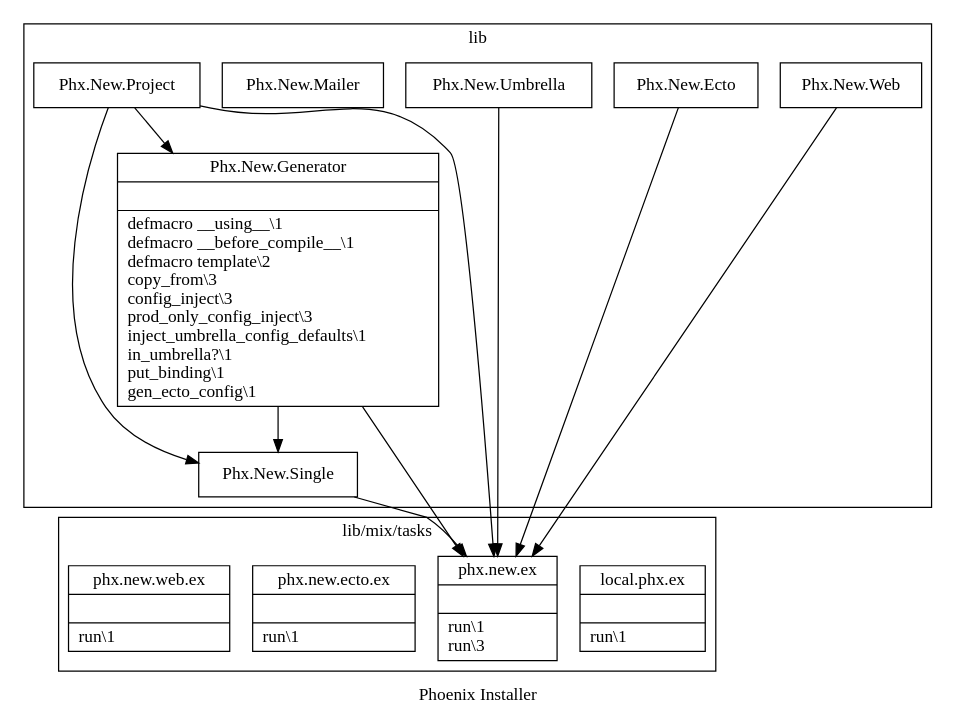
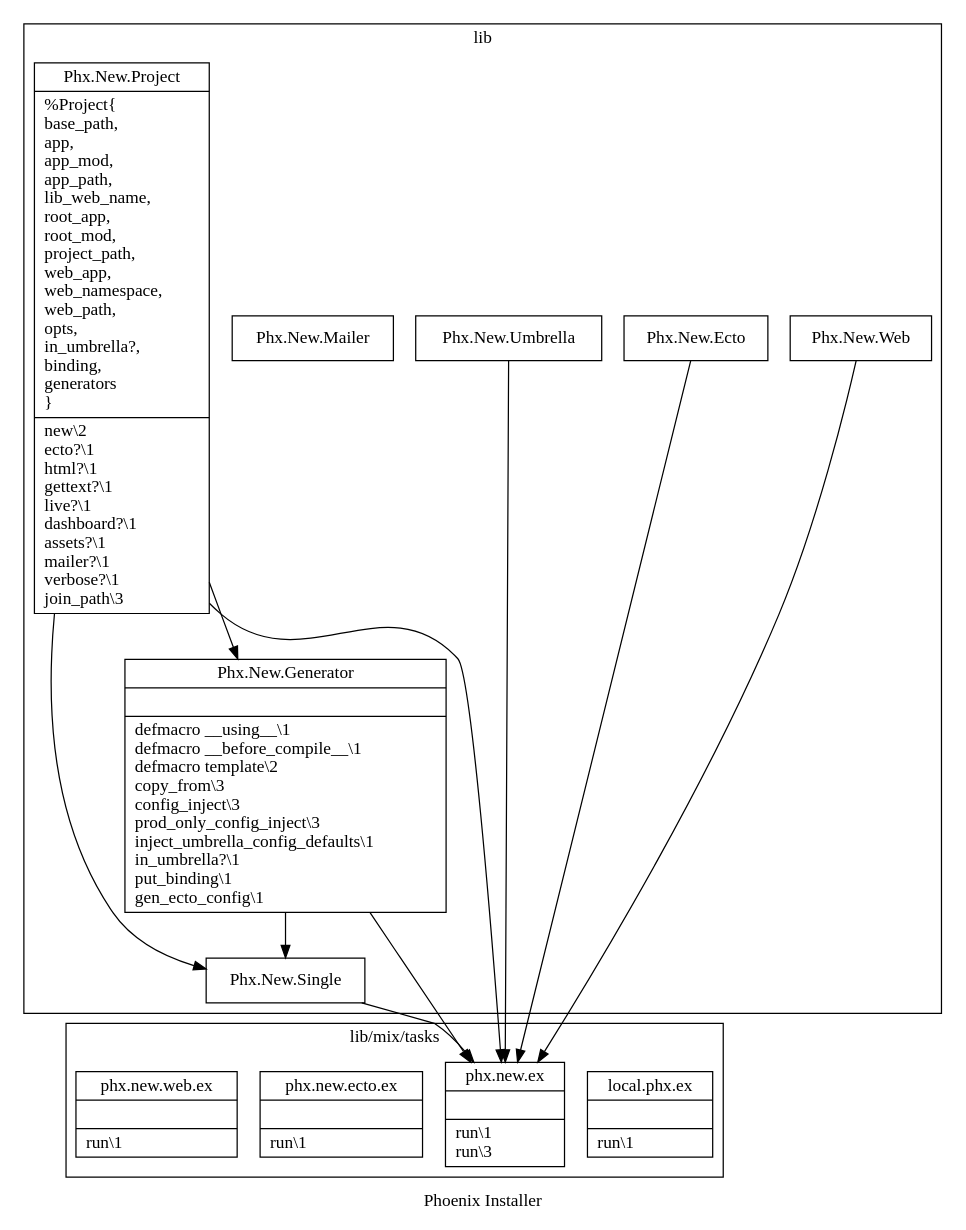
The diagram in explorations/installer_modules.gv (mospina/phoenix), drawn with Graphviz before and after one commit.

Commit message:
Add project graph

```diff
--- a/explorations/installer_modules.gv
+++ b/explorations/installer_modules.gv
@@ -1,53 +1,82 @@
 digraph installer {
 
   graph [
     label="Phoenix Installer"
   ]
 
   node [
     shape=record
   ]
 
   subgraph cluster_mix {
     label="lib/mix/tasks"
 
     local_phx [label="{local.phx.ex||run\\1\l}"]  
     phx_new [label="{phx.new.ex||run\\1\lrun\\3\l}"]
     phx_new_ecto [label="{phx.new.ecto.ex||run\\1\l}"]  
     phx_new_web [label="{phx.new.web.ex||run\\1\l}"]
   }
 
   subgraph cluster_lib {
     label="lib"
 
     generator [label="{
       Phx.New.Generator||
       defmacro __using__\\1\l
       defmacro __before_compile__\\1\l
       defmacro template\\2\l
       copy_from\\3\l
       config_inject\\3\l
       prod_only_config_inject\\3\l
       inject_umbrella_config_defaults\\1\l
       in_umbrella?\\1\l
       put_binding\\1\l
       gen_ecto_config\\1\l
     }"]
-    project [label="{Phx.New.Project}"]
+    project [nojustify=false label="{
+      Phx.New.Project|
+      %Project\{\l
+        base_path,\l
+        app,\l
+        app_mod,\l
+        app_path,\l
+        lib_web_name,\l
+        root_app,\l
+        root_mod,\l
+        project_path,\l
+        web_app,\l
+        web_namespace,\l
+        web_path,\l
+        opts,\l
+        in_umbrella?,\l
+        binding,\l
+        generators\l
+      \}\l|
+      new\\2\l
+      ecto?\\1\l
+      html?\\1\l
+      gettext?\\1\l
+      live?\\1\l
+      dashboard?\\1\l
+      assets?\\1\l
+      mailer?\\1\l
+      verbose?\\1\l
+      join_path\\3\l
+    }"]
     single [label="{Phx.New.Single}"]
     umbrella [label="{Phx.New.Umbrella}"]
     ecto [label="{Phx.New.Ecto}"]
     mailer [label="{Phx.New.Mailer}"]
     web [label="{Phx.New.Web}"]
   }
 
   generator -> single
   project -> single
   project -> generator
   single -> phx_new 
   generator -> phx_new
   project -> phx_new
   umbrella -> phx_new
   web -> phx_new
   ecto -> phx_new
 }
```
